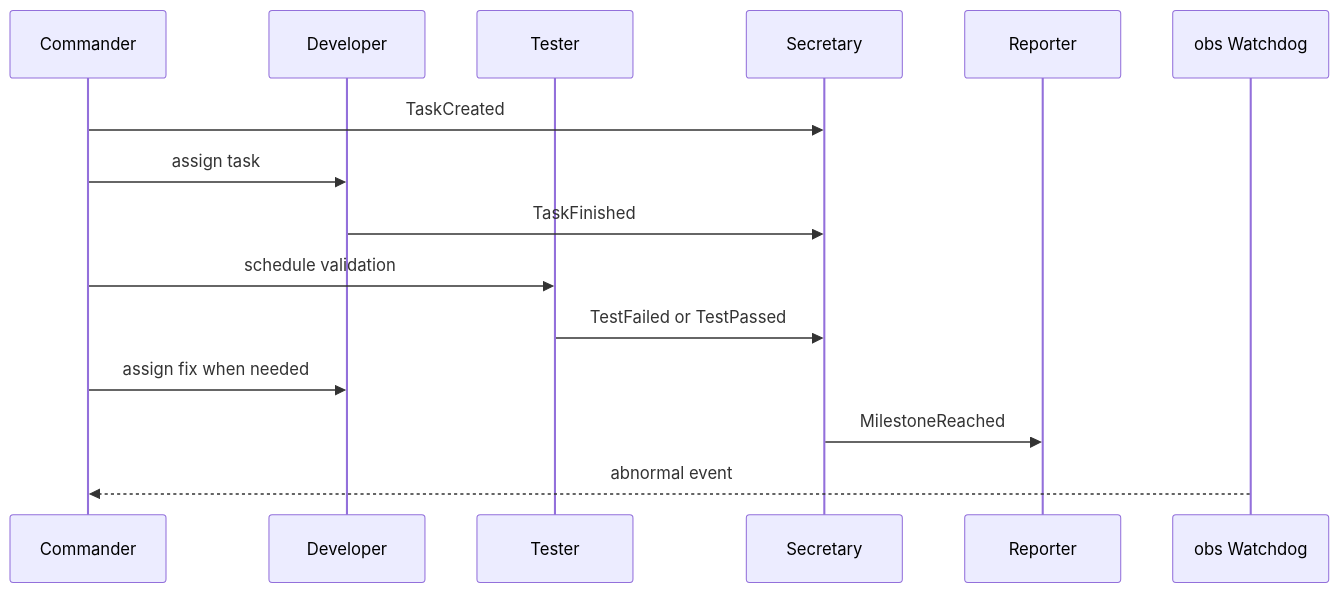
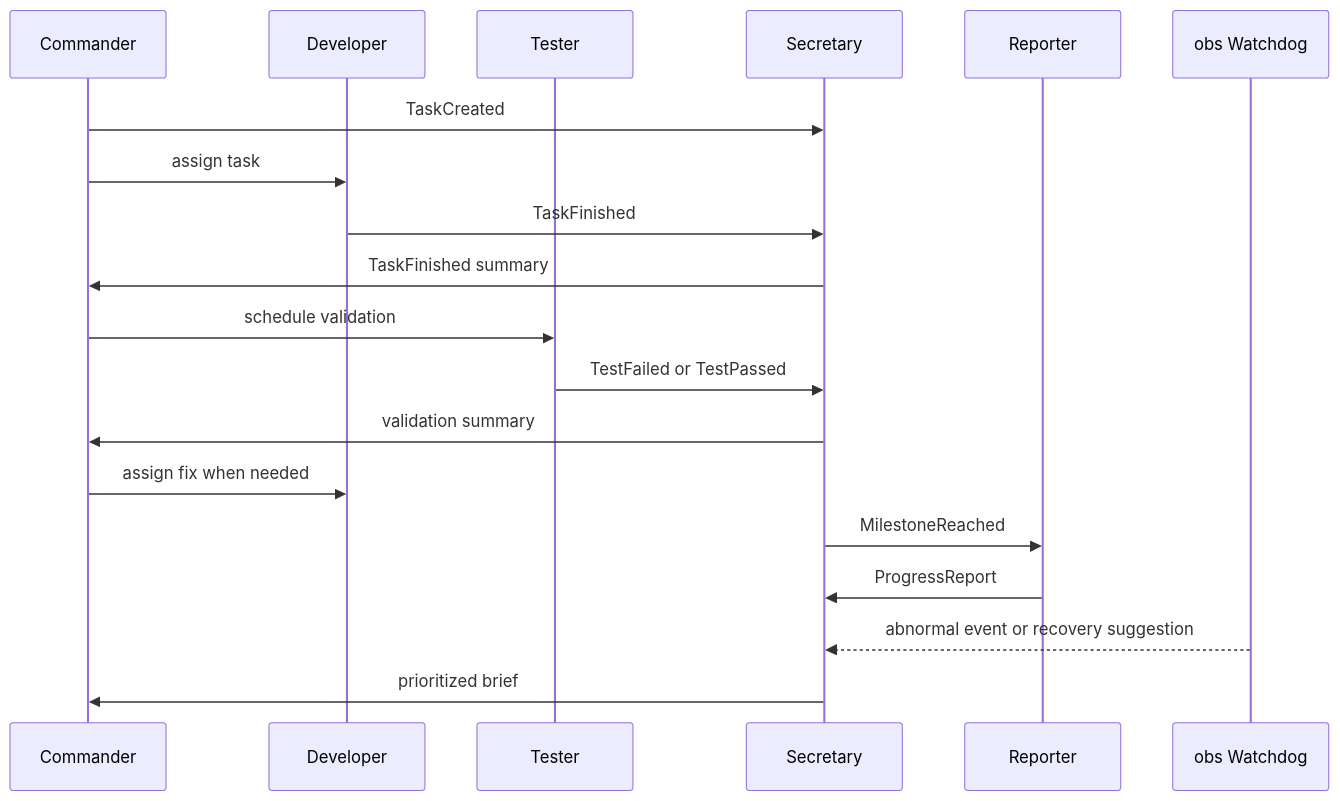
One commit to jay77721/CXWorkflow changed the second of 2 diagrams in README.en.md. Above: the diagram before and after it, drawn with Mermaid. The commit also changed other lines of this file and 6 other files, not shown here.

````diff
--- a/README.en.md
+++ b/README.en.md
@@ -105,18 +125,22 @@
 ```mermaid
 sequenceDiagram
     participant C as Commander
     participant D as Developer
     participant T as Tester
     participant S as Secretary
     participant R as Reporter
     participant O as obs Watchdog
 
     C->>S: TaskCreated
     C->>D: assign task
     D->>S: TaskFinished
+    S->>C: TaskFinished summary
     C->>T: schedule validation
     T->>S: TestFailed or TestPassed
+    S->>C: validation summary
     C->>D: assign fix when needed
     S->>R: MilestoneReached
-    O-->>C: abnormal event
+    R->>S: ProgressReport
+    O-->>S: abnormal event or recovery suggestion
+    S->>C: prioritized brief
 ```
````
